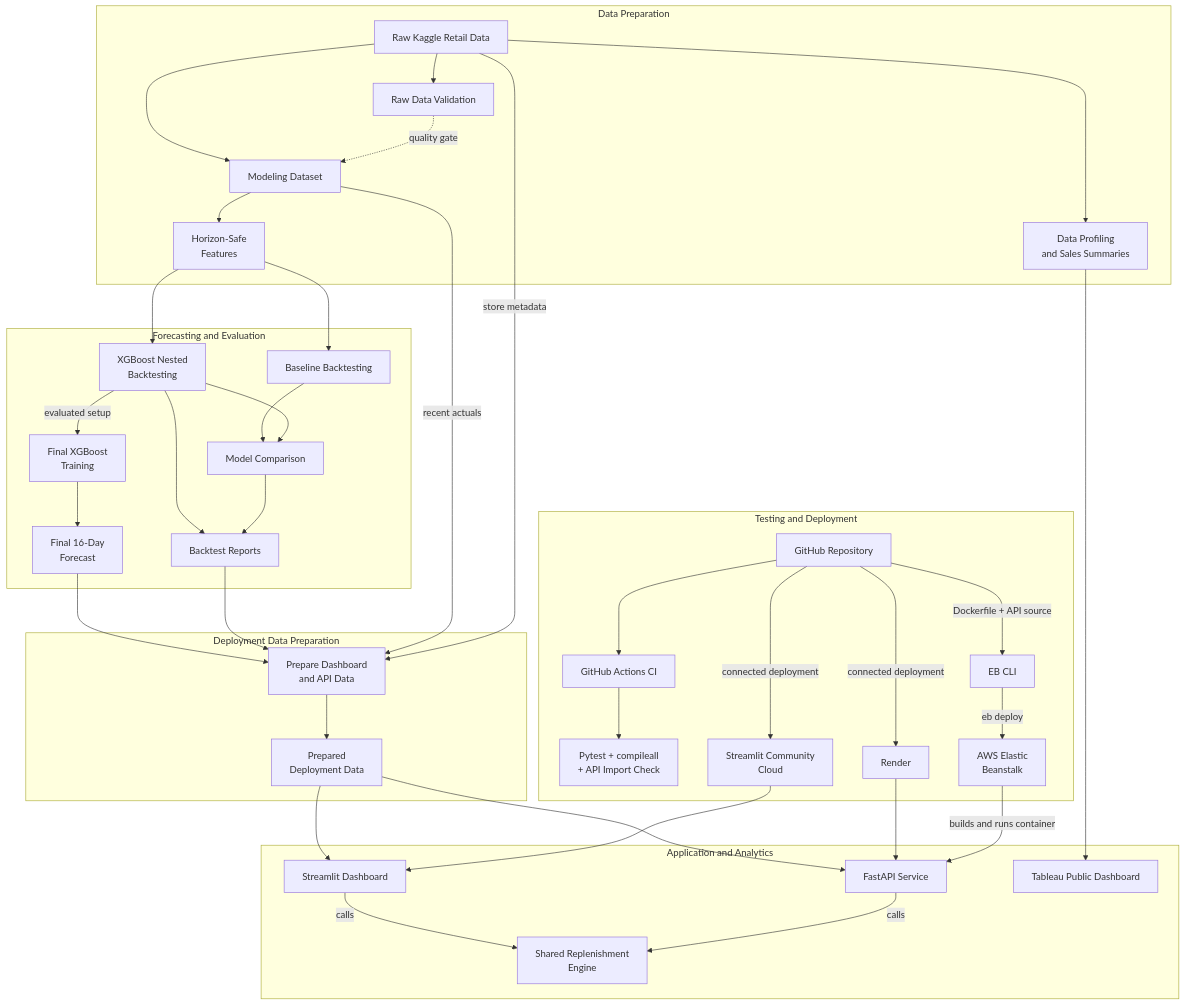
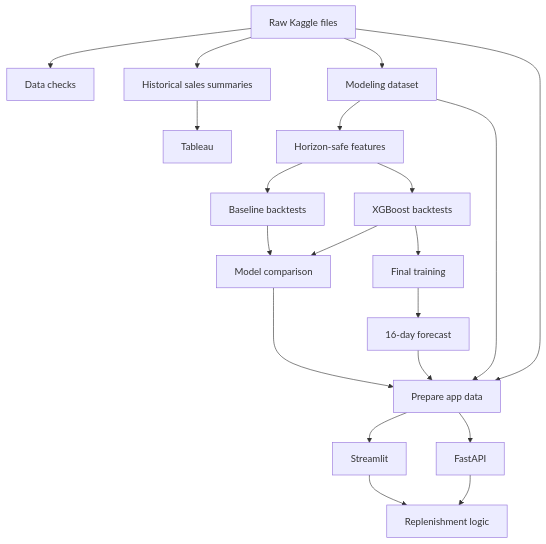
The diagram in README.md (momo840505/retail-demand-forecasting), drawn with Mermaid before and after one commit. The commit also changed other lines of this file, not shown here.

Commit message:
Clean up the forecasting README

````diff
--- a/README.md
+++ b/README.md
@@ -281,59 +132,26 @@
 ```mermaid
 flowchart TD
+    A[Raw Kaggle files] --> B[Data checks]
+    A --> C[Historical sales summaries]
+    A --> D[Modeling dataset]
+    D --> E[Horizon-safe features]
 
-    subgraph DATA["Data Preparation"]
-        A[Raw Kaggle Retail Data] --> B[Raw Data Validation]
-        A --> C[Data Profiling<br/>and Sales Summaries]
-        A --> D[Modeling Dataset]
-        B -. quality gate .-> D
-        D --> E[Horizon-Safe<br/>Features]
-    end
+    E --> F[Baseline backtests]
+    E --> G[XGBoost backtests]
+    F --> H[Model comparison]
+    G --> H
+    G --> I[Final training]
+    I --> J[16-day forecast]
 
-    subgraph MODEL["Forecasting and Evaluation"]
-        E --> F[Baseline Backtesting]
-        E --> G[XGBoost Nested<br/>Backtesting]
+    J --> K[Prepare app data]
+    H --> K
+    D --> K
+    A --> K
 
-        F --> H[Model Comparison]
-        G --> H
+    K --> L[Streamlit]
+    K --> M[FastAPI]
+    L --> N[Replenishment logic]
+    M --> N
 
-        G -->|evaluated setup| I[Final XGBoost<br/>Training]
-        I --> J[Final 16-Day<br/>Forecast]
-
-        G --> K[Backtest Reports]
-        H --> K
-    end
-
-    subgraph PREP["Deployment Data Preparation"]
-        J --> L[Prepare Dashboard<br/>and API Data]
-        K --> L
-        D -->|recent actuals| L
-        A -->|store metadata| L
-
-        L --> M[Prepared<br/>Deployment Data]
-    end
-
-    subgraph APPLICATION["Application and Analytics"]
-        M --> N[Streamlit Dashboard]
-        M --> O[FastAPI Service]
-
-        N -->|calls| P[Shared Replenishment<br/>Engine]
-        O -->|calls| P
-
-        C --> Q[Tableau Public Dashboard]
-    end
-
-    subgraph DELIVERY["Testing and Deployment"]
-        R[GitHub Repository] --> S[GitHub Actions CI]
-        S --> T[Pytest + compileall<br/>+ API Import Check]
-
-        R -->|connected deployment| U[Streamlit Community<br/>Cloud]
-        R -->|connected deployment| V[Render]
-
-        R -->|Dockerfile + API source| W[EB CLI]
-        W -->|eb deploy| X[AWS Elastic<br/>Beanstalk]
-
-        U --> N
-        V --> O
-        X -->|builds and runs container| O
-    end
+    C --> O[Tableau]
 ```
````
